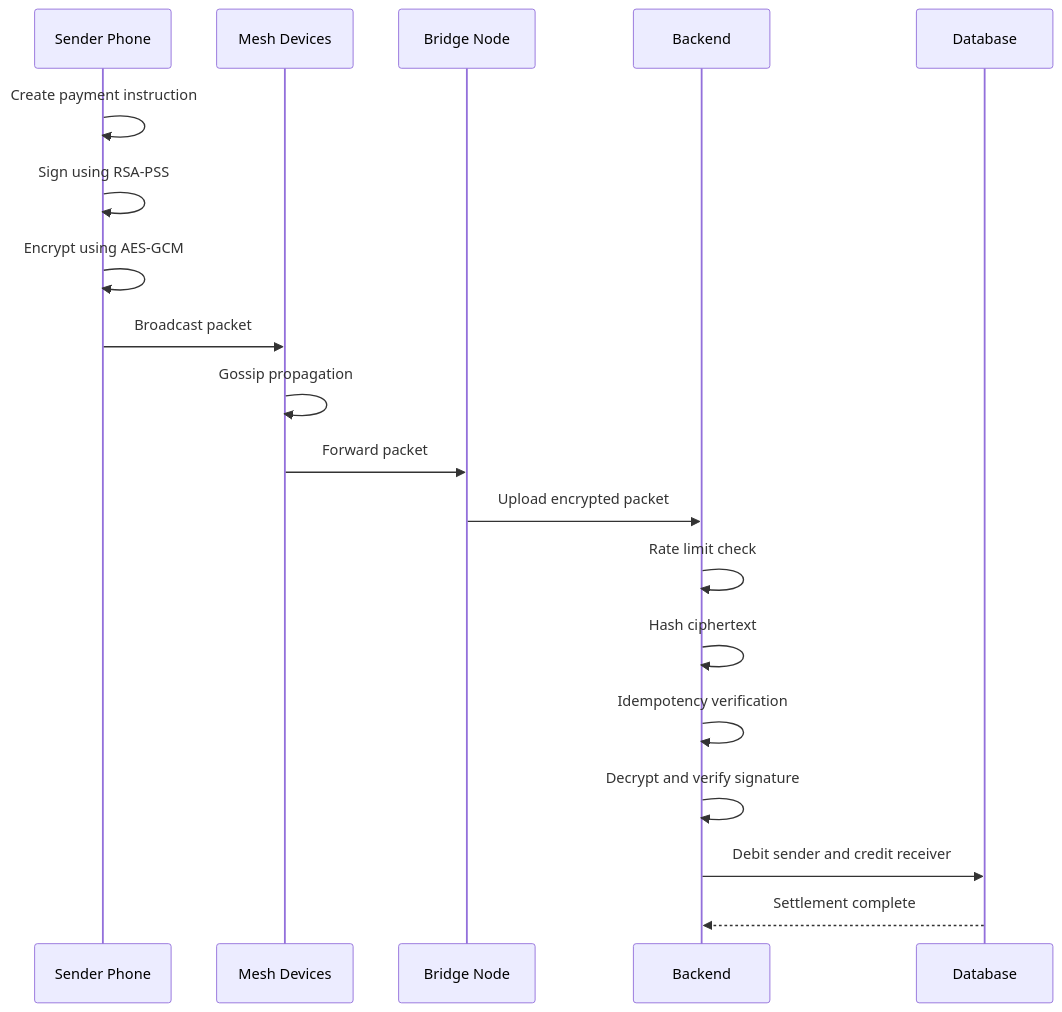
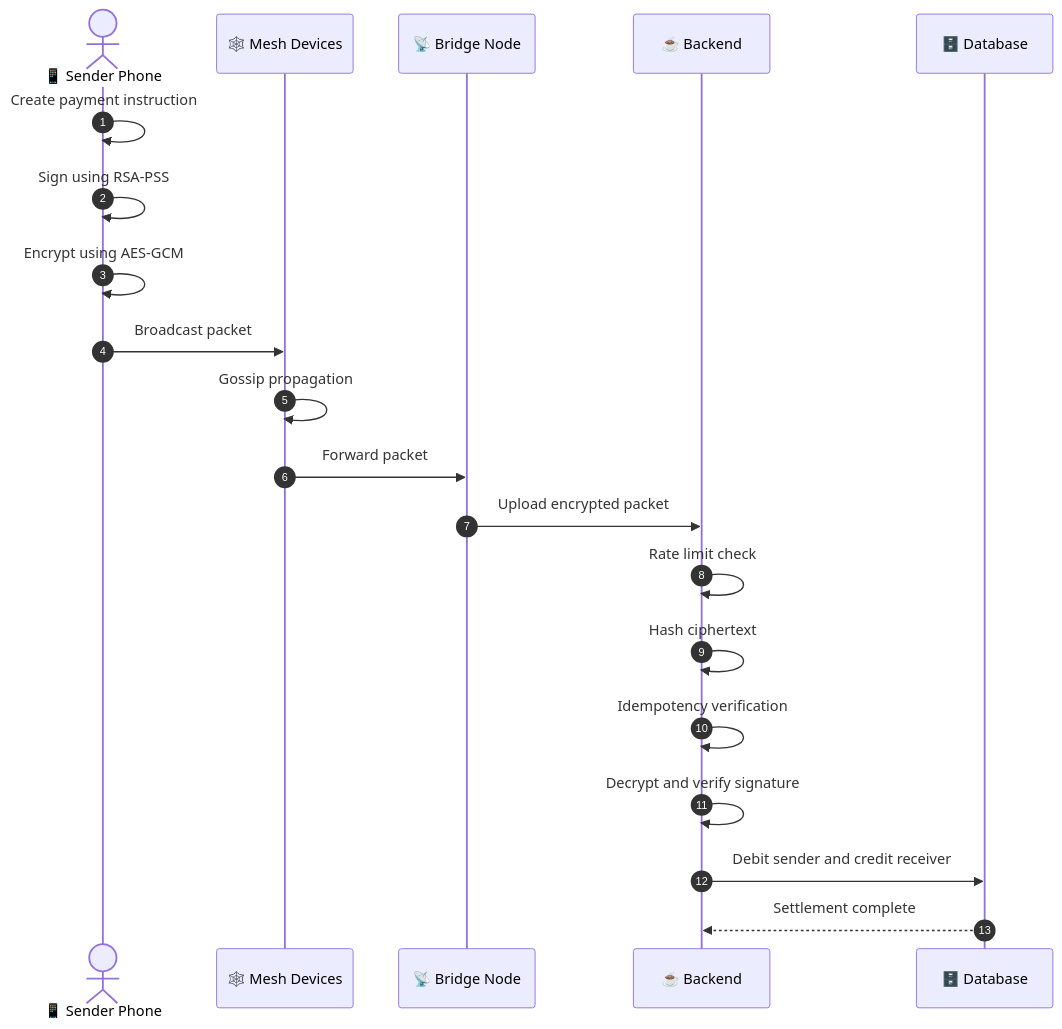
The third of 11 diagrams in README.md (i-Anurag1/OffPay), drawn with Mermaid before and after one commit. The commit also changed other lines of this file, not shown here.

````diff
--- a/README.md
+++ b/README.md
@@ -86,33 +146,23 @@
 ```mermaid
 sequenceDiagram
+    autonumber
+    actor S as 📱 Sender Phone
+    participant M as 🕸️ Mesh Devices
+    participant B as 📡 Bridge Node
+    participant API as ☕ Backend
+    participant DB as 🗄️ Database
 
-participant S as Sender Phone
-participant M as Mesh Devices
-participant B as Bridge Node
-participant API as Backend
-participant DB as Database
-
-S->>S: Create payment instruction
-S->>S: Sign using RSA-PSS
-S->>S: Encrypt using AES-GCM
-
-S->>M: Broadcast packet
-
-M->>M: Gossip propagation
-
-M->>B: Forward packet
-
-B->>API: Upload encrypted packet
-
-API->>API: Rate limit check
-
-API->>API: Hash ciphertext
-
-API->>API: Idempotency verification
-
-API->>API: Decrypt and verify signature
-
-API->>DB: Debit sender and credit receiver
-
-DB-->>API: Settlement complete
+    S->>S: Create payment instruction
+    S->>S: Sign using RSA-PSS
+    S->>S: Encrypt using AES-GCM
+    S->>M: Broadcast packet
+    M->>M: Gossip propagation
+    M->>B: Forward packet
+    B->>API: Upload encrypted packet
+    API->>API: Rate limit check
+    API->>API: Hash ciphertext
+    API->>API: Idempotency verification
+    API->>API: Decrypt and verify signature
+    API->>DB: Debit sender and credit receiver
+    DB-->>API: Settlement complete
 ```
````
